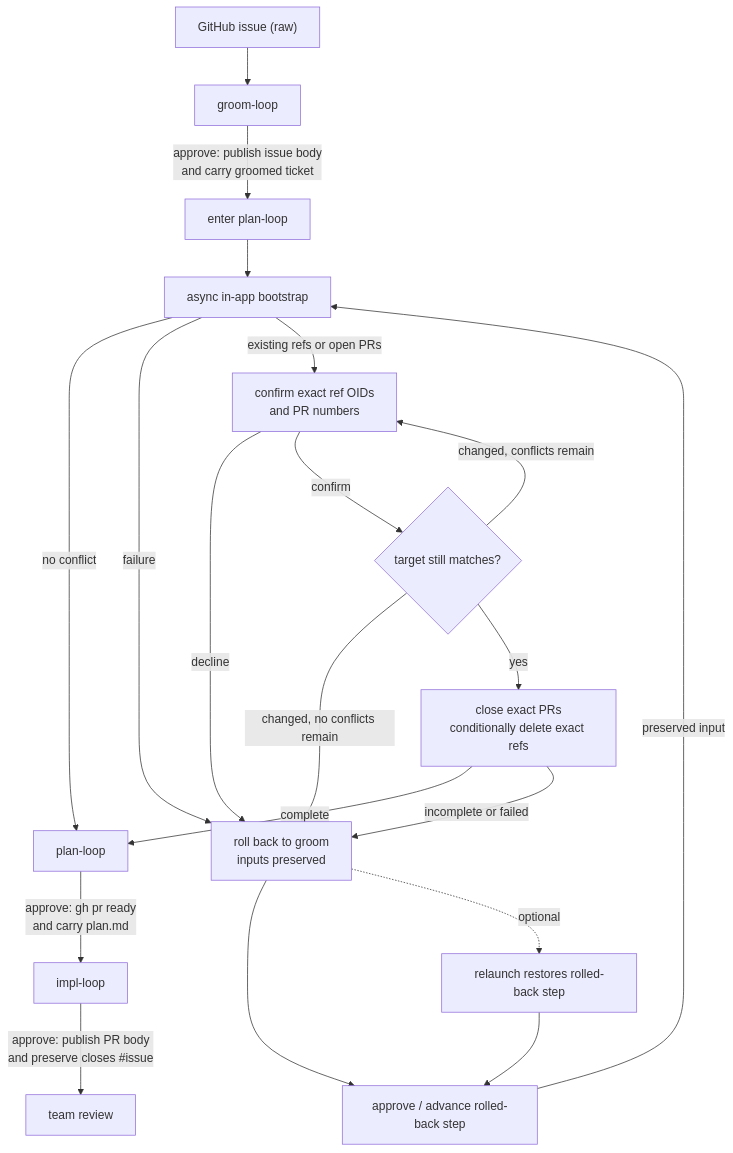
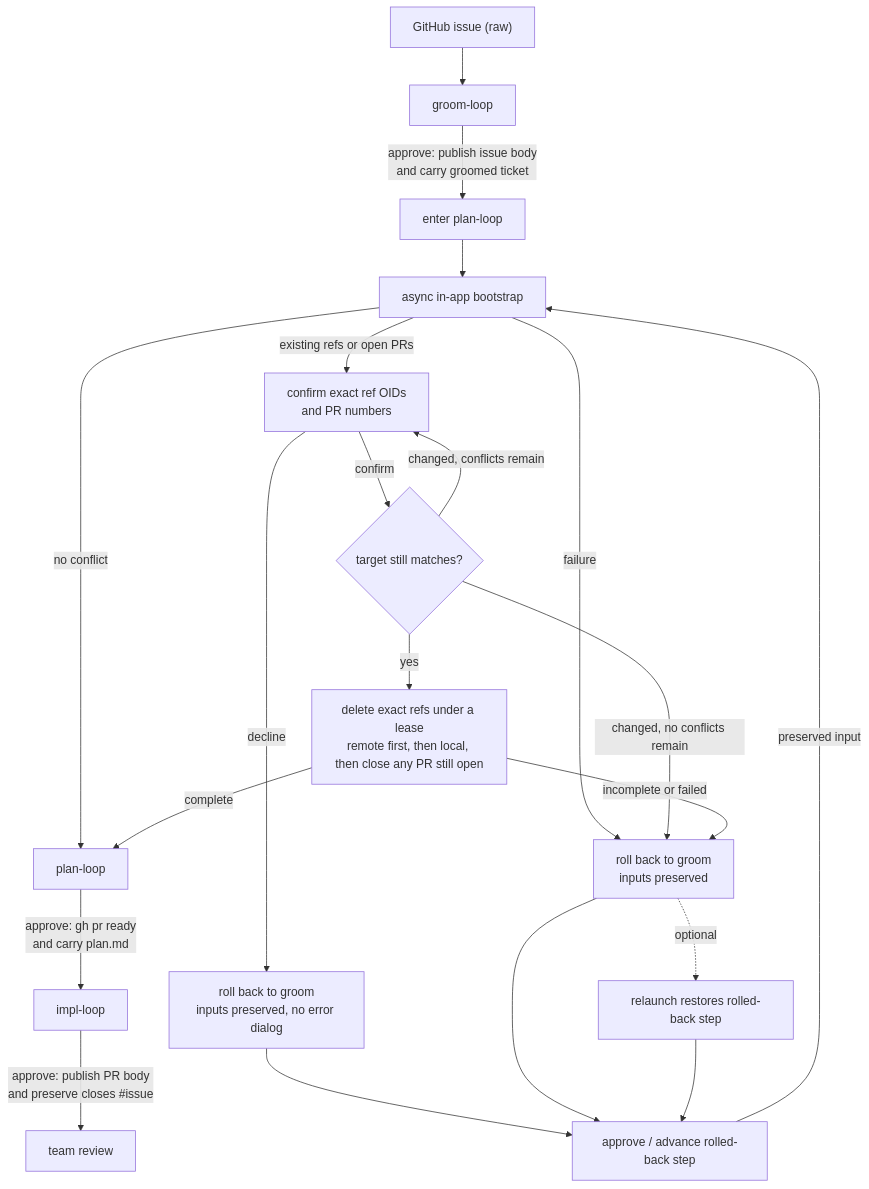
The second of 2 diagrams in docs/spec/27-in-terminal-loop-engine-the-live-design.md (dylanb/agent-terminal), drawn with Mermaid before and after one commit. The commit also changed 33 other files, not shown here.

First line of the commit message:
review: close round-one persona findings on the §27.10 wipe

````diff
--- a/docs/spec/27-in-terminal-loop-engine-the-live-design.md
+++ b/docs/spec/27-in-terminal-loop-engine-the-live-design.md
@@ -134,22 +134,23 @@
 ```mermaid
 flowchart TD
   RAW["GitHub issue (raw)"] --> G["groom-loop"]
   G -->|"approve: publish issue body<br/>and carry groomed ticket"| PE["enter plan-loop"]
   PE --> BOOT["async in-app bootstrap"]
   BOOT -->|"no conflict"| P["plan-loop"]
   BOOT -->|"failure"| RB["roll back to groom<br/>inputs preserved"]
   BOOT -->|"existing refs or open PRs"| CF["confirm exact ref OIDs<br/>and PR numbers"]
-  CF -->|"decline"| RB
+  CF -->|"decline"| RBQ["roll back to groom<br/>inputs preserved, no error dialog"]
   CF -->|"confirm"| CHECK{"target still matches?"}
   CHECK -->|"changed, conflicts remain"| CF
   CHECK -->|"changed, no conflicts remain"| RB
-  CHECK -->|"yes"| WIPE["close exact PRs<br/>conditionally delete exact refs"]
+  CHECK -->|"yes"| WIPE["delete exact refs under a lease<br/>remote first, then local, then close any PR still open"]
   WIPE -->|"complete"| P
   WIPE -->|"incomplete or failed"| RB
+  RBQ --> RETRY
   RB --> RETRY["approve / advance rolled-back step"]
   RB -.->|"optional"| RELAUNCH["relaunch restores rolled-back step"]
   RELAUNCH --> RETRY
   RETRY -->|"preserved input"| BOOT
   P -->|"approve: gh pr ready<br/>and carry plan.md"| I["impl-loop"]
   I -->|"approve: publish PR body<br/>and preserve closes #issue"| TR["team review"]
 ```
````
